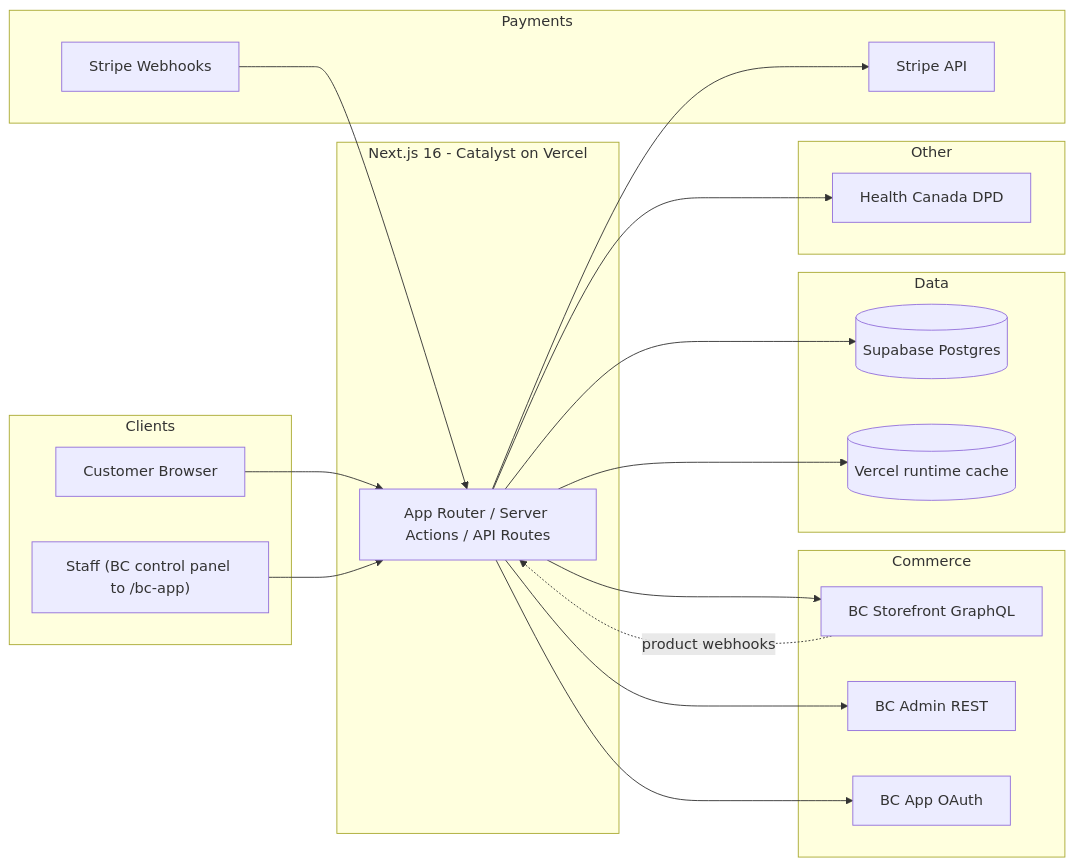
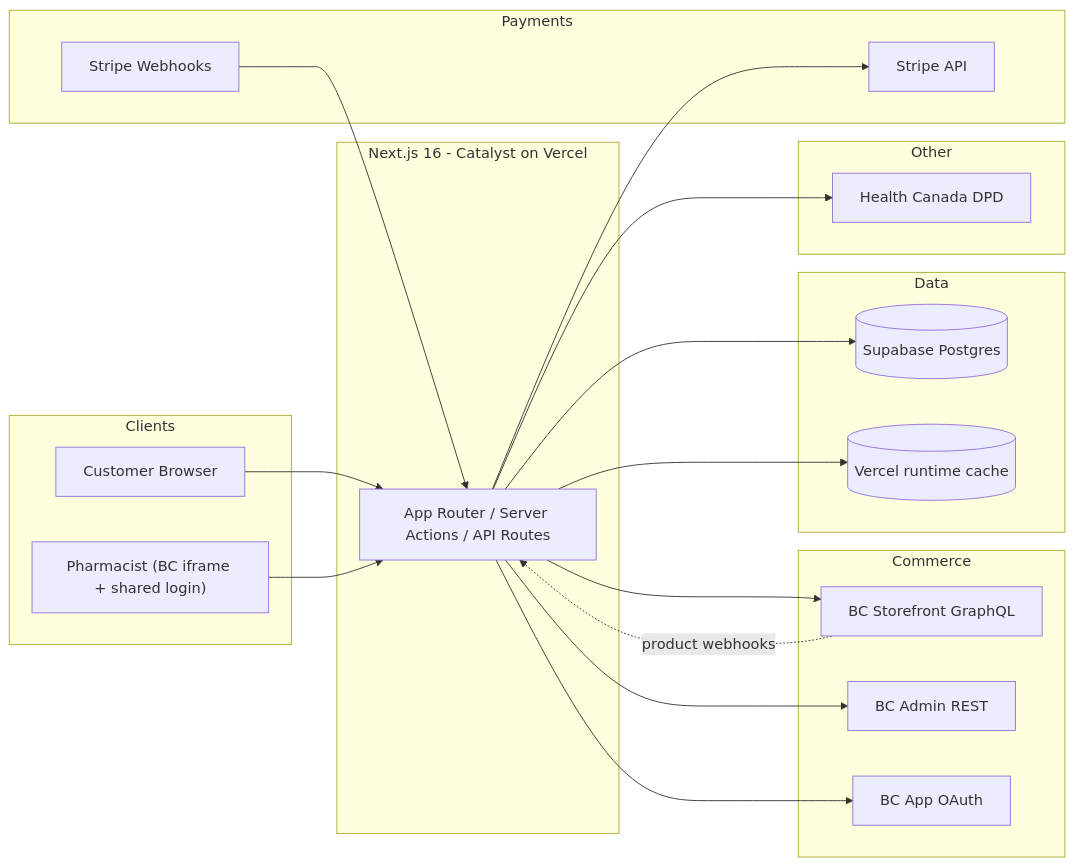
One commit to lolo19950603/liivv-test-catalyst-app changed the second of 5 diagrams in docs/Liivv-Architecture.md. Above: the diagram before and after it, drawn with Mermaid. The commit also changed other lines of this file and 100 other files, not shown here.

````diff
--- a/docs/Liivv-Architecture.md
+++ b/docs/Liivv-Architecture.md
@@ -302,43 +395,43 @@
 ```mermaid
 flowchart LR
   subgraph Clients
     C[Customer Browser]
-    S["Staff (BC control panel to /bc-app)"]
+    S["Pharmacist (BC iframe + shared login)"]
   end
 
   subgraph Hub["Next.js 16 - Catalyst on Vercel"]
     N[App Router / Server Actions / API Routes]
   end
 
   subgraph Commerce
     BCG[BC Storefront GraphQL]
     BCA[BC Admin REST]
     BCO[BC App OAuth]
   end
 
   subgraph Data
     SB[(Supabase Postgres)]
     KV[(Vercel runtime cache)]
   end
 
   subgraph Payments
     STK[Stripe API]
     STW[Stripe Webhooks]
   end
 
   subgraph Other
     DPD[Health Canada DPD]
   end
 
   C --> N
   S --> N
   N --> BCG
   N --> BCA
   N --> BCO
   N --> SB
   N --> KV
   N --> STK
   N --> DPD
   STW --> N
   BCG -.->|product webhooks| N
 ```
````
